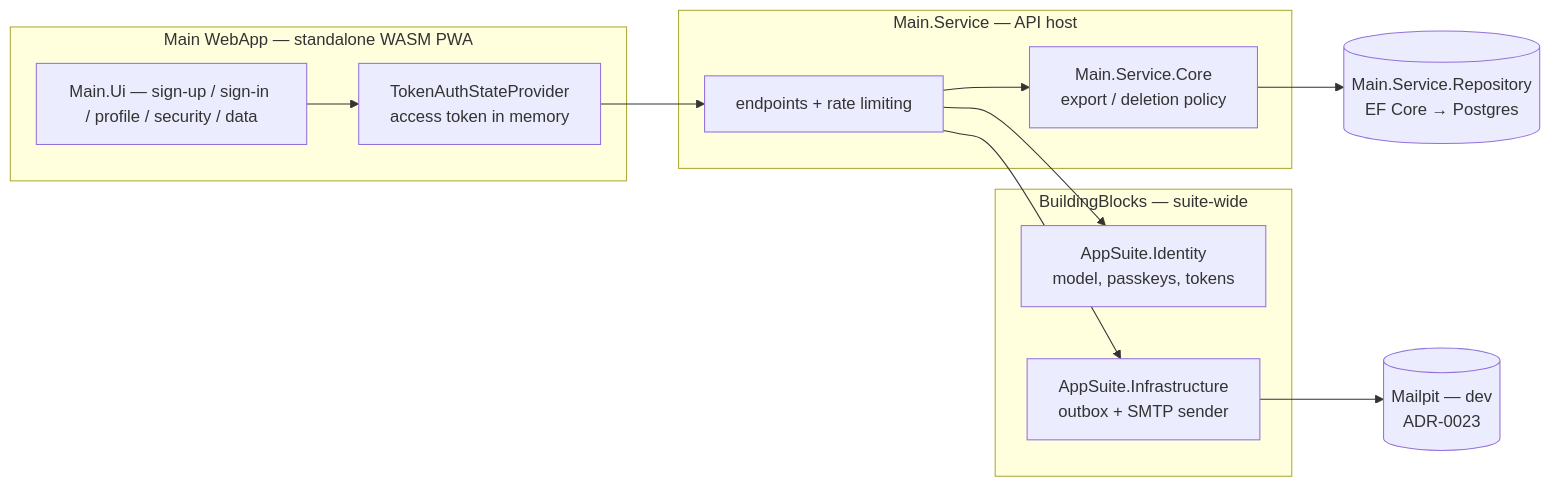
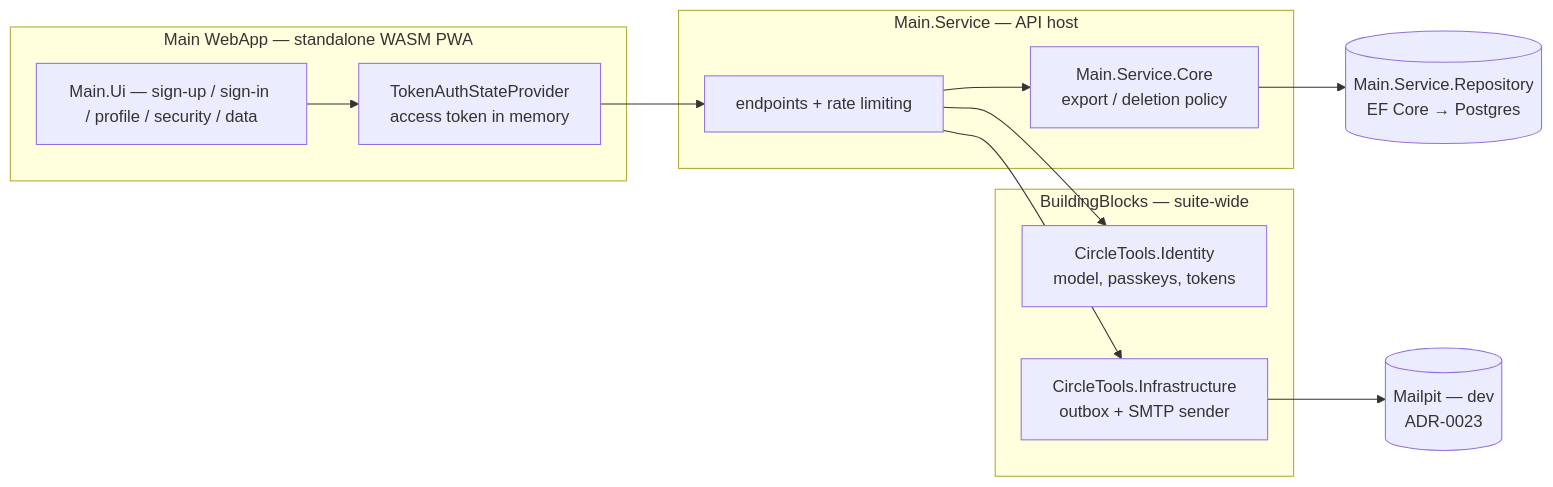
The diagram in docs/features/FEAT-002-m1-identity.md (CircleTools-ch/circletools-suite), drawn with Mermaid before and after one commit. The commit also changed other lines of this file and 1242 other files, not shown here.

````diff
--- a/docs/features/FEAT-002-m1-identity.md
+++ b/docs/features/FEAT-002-m1-identity.md
@@ -60,21 +60,21 @@
 ```mermaid
 flowchart LR
     subgraph Client["Main WebApp — standalone WASM PWA"]
       Pages[Main.Ui — sign-up / sign-in / profile / security / data]
       Auth[TokenAuthStateProvider\naccess token in memory]
     end
     subgraph Shared["BuildingBlocks — suite-wide"]
-      Ident[AppSuite.Identity\nmodel, passkeys, tokens]
-      Infra[AppSuite.Infrastructure\noutbox + SMTP sender]
+      Ident[CircleTools.Identity\nmodel, passkeys, tokens]
+      Infra[CircleTools.Infrastructure\noutbox + SMTP sender]
     end
     subgraph Server["Main.Service — API host"]
       Endpoints[endpoints + rate limiting]
       Core[Main.Service.Core\nexport / deletion policy]
     end
     Repo[(Main.Service.Repository\nEF Core → Postgres)]
     Sink[(Mailpit — dev\nADR-0023)]
 
     Pages --> Auth --> Endpoints --> Core --> Repo
     Endpoints --> Ident
     Endpoints --> Infra --> Sink
 ```
````
